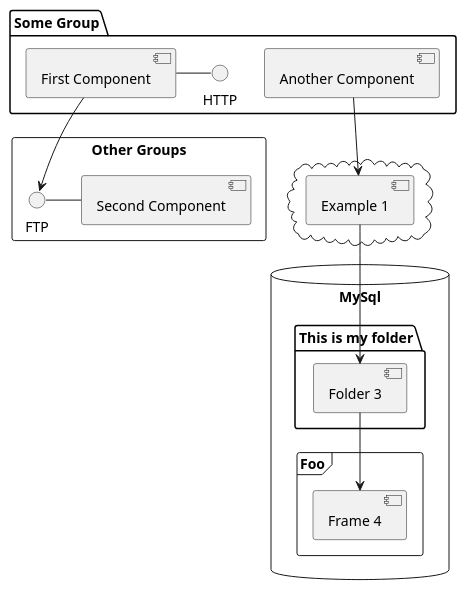
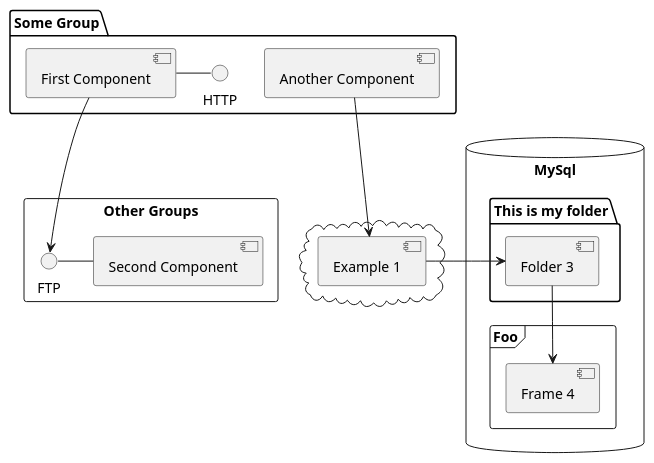
The fifth of 6 diagrams in src/docs/asciidoc/reveal-my-asciidoc.adoc (Zenika/adoc-presentation-model), drawn with PlantUML before and after one commit. The commit also changed other lines of this file and 108 other files, not shown here.

```diff
--- a/src/docs/asciidoc/reveal-my-asciidoc.adoc
+++ b/src/docs/asciidoc/reveal-my-asciidoc.adoc
@@ -148,25 +254,25 @@
 [plantuml, rma-component-diagram, svg]     
 ....
 package "Some Group" {
   HTTP - [First Component]
   [Another Component]
 }
 rectangle "Other Groups" {
   FTP - [Second Component]
   [First Component] --> FTP
 } 
 cloud {
   [Example 1]
 }
 database "MySql" {
   folder "This is my folder" {
     [Folder 3]
   }
   frame "Foo" {
     [Frame 4]
   }
 }
 [Another Component] --> [Example 1]
-[Example 1] --> [Folder 3]
+[Example 1] -right-> [Folder 3]
 [Folder 3] --> [Frame 4]
 ....
```
